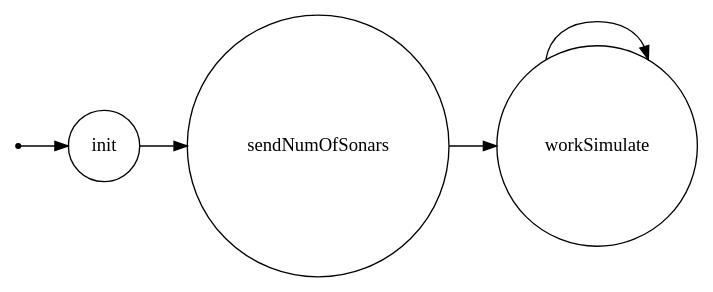
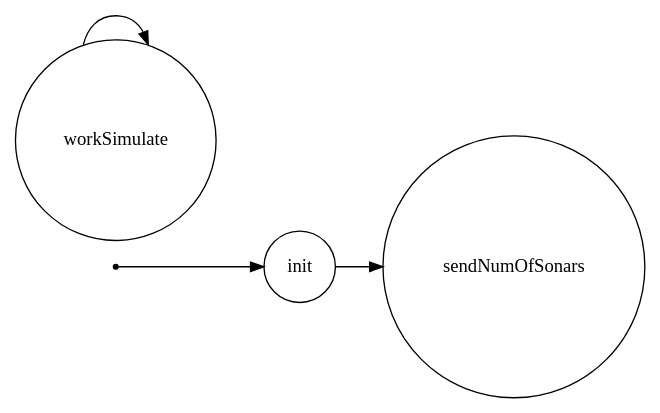
One commit to piercosta/mengoli changed the diagram in srcMore/it/unibo/sonar/dotFsm.gv. Above: the diagram before and after it, drawn with Graphviz. The commit also changed 95 other files, not shown here.

```diff
--- a/srcMore/it/unibo/sonar/dotFsm.gv
+++ b/srcMore/it/unibo/sonar/dotFsm.gv
@@ -1,24 +1,22 @@
 /*
 *
 * A GraphViz DOT FSM description 
 * Please use a GraphViz visualizer (like http://www.webgraphviz.com)
 * 
 * Generated by AM,NC,RM
 *  
 */
  
 digraph finite_state_machine {
   	rankdir=LR;
   	size="8,5"
   	node [shape = point]; iniziale;
   	node [shape = doublecircle]; 
   	node [shape = circle];
   	iniziale -> init [label = ""];
   	
   	
   	init -> sendNumOfSonars [ label = ""];
   	
-  	sendNumOfSonars -> workSimulate [ label = ""];
-  	
   	workSimulate -> workSimulate [ label = ""];
 }
```
